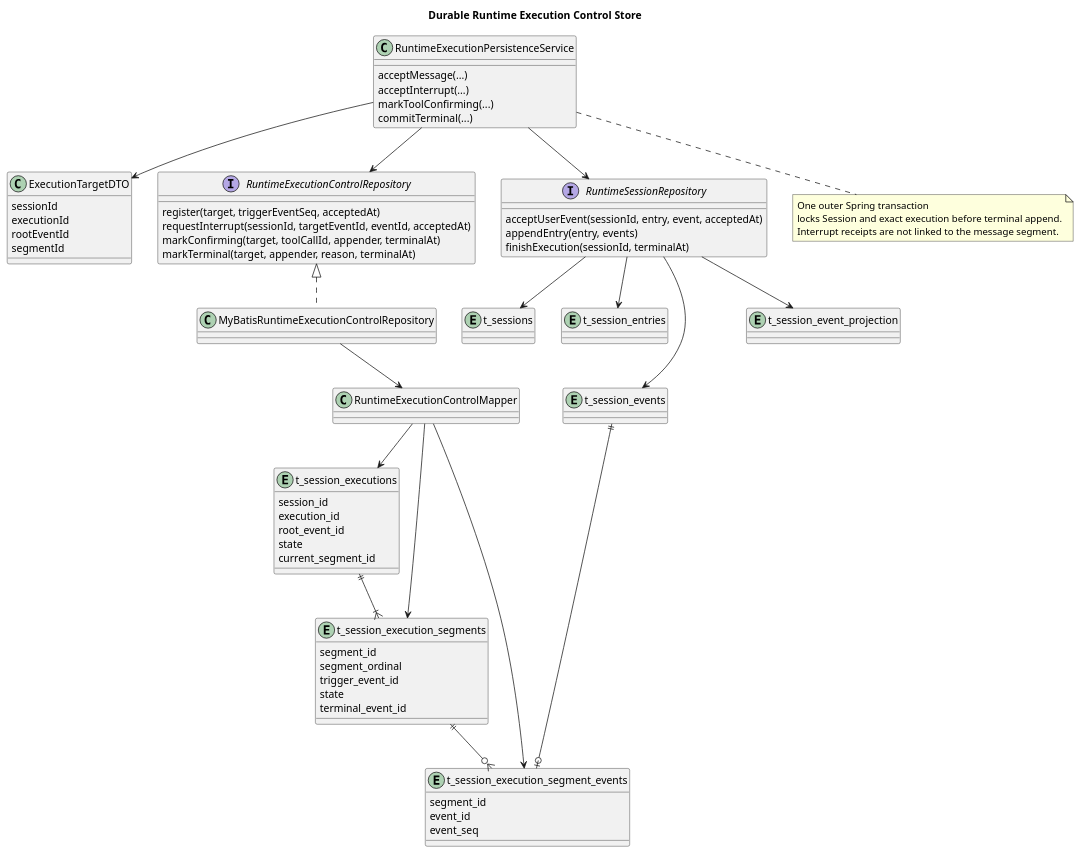
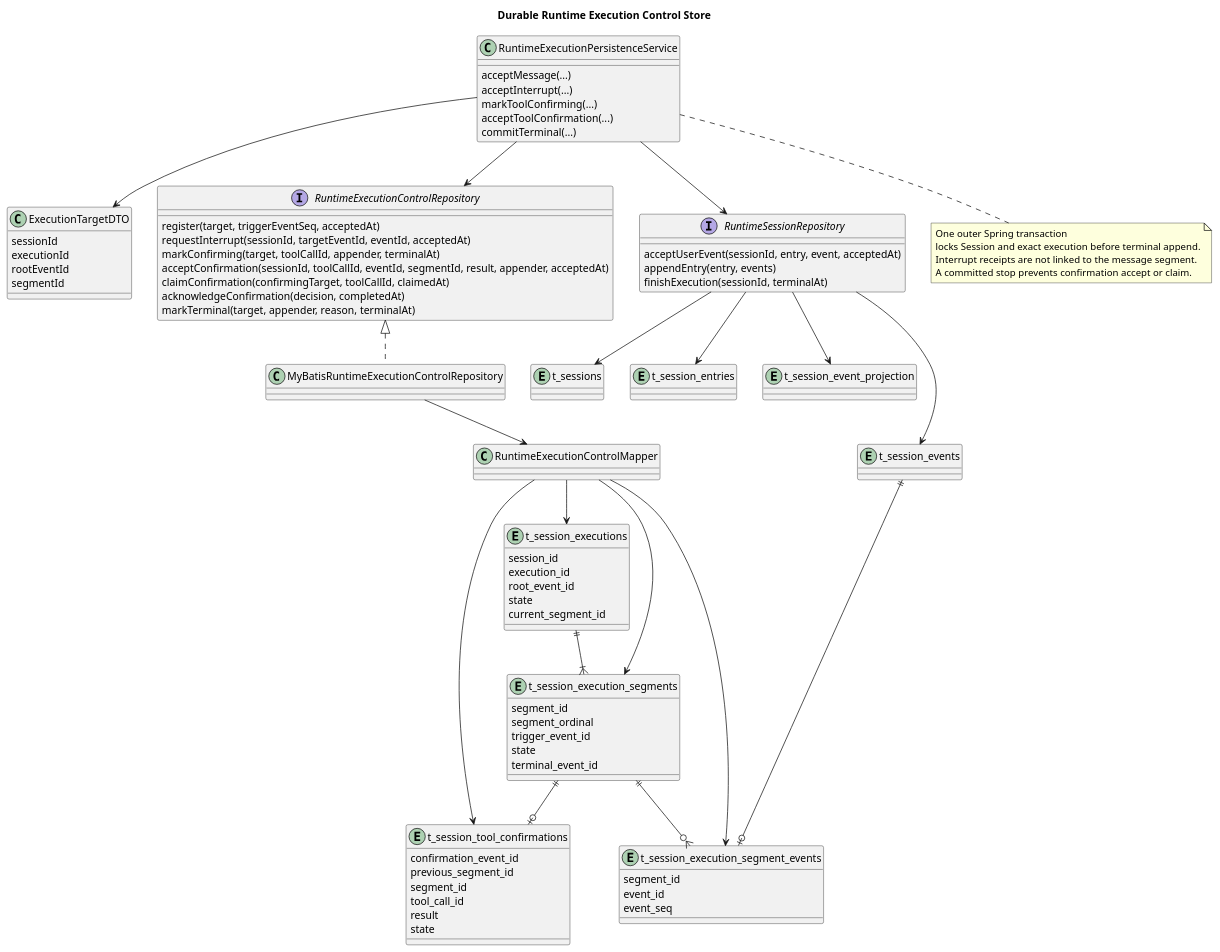
One commit to 2862282695gjh-afk/pi-mono-java changed the diagram in docs/designs/runtime-execution-control/diagram.puml. Above: the diagram before and after it, drawn with PlantUML. The commit also changed 3 other files, not shown here.

```diff
--- a/docs/designs/runtime-execution-control/diagram.puml
+++ b/docs/designs/runtime-execution-control/diagram.puml
@@ -1,96 +1,113 @@
 @startuml runtime_execution_control_store
 title Durable Runtime Execution Control Store
 ' Observed Java source baseline: pi-mono-java fd556dce3cfa12e5e834b6e9b8f835f10e7d67c8
 ' Store implementation commit: 8ec383dd0ee6a5a8fe7e72b9e97bba8f71c8f8da
 ' Application transaction implementation: 92562f62 through 8e775f1c
+' Tool confirmation foundation implementation: aa687e98
 ' Observed source: modules/coding-agent-cli/src/main/java/com/campusclaw/codingagent/runtimeapi/runtime/RuntimeActiveExecution.java#runId
 ' Source: modules/coding-agent-cli/src/main/java/com/campusclaw/codingagent/runtimeapi/persistence/RuntimeExecutionPersistenceService.java
 ' Source: modules/coding-agent-cli/src/main/java/com/campusclaw/codingagent/runtimeapi/persistence/RuntimeExecutionControlRepository.java
 ' Source: modules/coding-agent-cli/src/main/java/com/campusclaw/codingagent/runtimeapi/persistence/MyBatisRuntimeExecutionControlRepository.java
 ' Source: modules/coding-agent-cli/src/main/java/com/campusclaw/codingagent/runtimeapi/persistence/RuntimeSessionRepository.java
 ' Source: modules/coding-agent-cli/src/main/resources/mapper/session/RuntimeExecutionControlMapper.xml
 ' Source: modules/coding-agent-cli/src/main/resources/db/gaussdb/install/session_schema.sql
 ' Pi source baseline: pi 4af9d21d3b4d664e4a29fcabfec85171077248e3
 ' Pi source: packages/agent/src/agent-loop.ts#runAgentLoop and #prepareToolCall
 ' Observed behavior: Java kept the active execution identity only in one process.
 ' Design reason: one Spring transaction binds accepted events and terminal events to an exact execution segment.
 ' Java divergence: durable cross-instance control identity is a CampusClaw architecture change.
 class RuntimeExecutionPersistenceService {
   acceptMessage(...)
   acceptInterrupt(...)
   markToolConfirming(...)
+  acceptToolConfirmation(...)
   commitTerminal(...)
 }
 
 class ExecutionTargetDTO {
   sessionId
   executionId
   rootEventId
   segmentId
 }
 
 interface RuntimeExecutionControlRepository {
   register(target, triggerEventSeq, acceptedAt)
   requestInterrupt(sessionId, targetEventId, eventId, acceptedAt)
   markConfirming(target, toolCallId, appender, terminalAt)
+  acceptConfirmation(sessionId, toolCallId, eventId, segmentId, result, appender, acceptedAt)
+  claimConfirmation(confirmingTarget, toolCallId, claimedAt)
+  acknowledgeConfirmation(decision, completedAt)
   markTerminal(target, appender, reason, terminalAt)
 }
 
 interface RuntimeSessionRepository {
   acceptUserEvent(sessionId, entry, event, acceptedAt)
   appendEntry(entry, events)
   finishExecution(sessionId, terminalAt)
 }
 
 class MyBatisRuntimeExecutionControlRepository
 class RuntimeExecutionControlMapper
 
 entity "t_session_executions" as t_session_executions {
   session_id
   execution_id
   root_event_id
   state
   current_segment_id
 }
 
 entity "t_session_execution_segments" as t_session_execution_segments {
   segment_id
   segment_ordinal
   trigger_event_id
   state
   terminal_event_id
 }
 
 entity "t_session_execution_segment_events" as t_session_execution_segment_events {
   segment_id
   event_id
   event_seq
 }
 
+entity "t_session_tool_confirmations" as t_session_tool_confirmations {
+  confirmation_event_id
+  previous_segment_id
+  segment_id
+  tool_call_id
+  result
+  state
+}
+
 entity "t_sessions" as t_sessions
 entity "t_session_entries" as t_session_entries
 entity "t_session_events" as t_session_events
 entity "t_session_event_projection" as t_session_event_projection
 
 RuntimeExecutionPersistenceService --> ExecutionTargetDTO
 RuntimeExecutionPersistenceService --> RuntimeExecutionControlRepository
 RuntimeExecutionPersistenceService --> RuntimeSessionRepository
 RuntimeExecutionControlRepository <|.. MyBatisRuntimeExecutionControlRepository
 MyBatisRuntimeExecutionControlRepository --> RuntimeExecutionControlMapper
 RuntimeExecutionControlMapper --> t_session_executions
 RuntimeExecutionControlMapper --> t_session_execution_segments
 RuntimeExecutionControlMapper --> t_session_execution_segment_events
+RuntimeExecutionControlMapper --> t_session_tool_confirmations
 RuntimeSessionRepository --> t_sessions
 RuntimeSessionRepository --> t_session_entries
 RuntimeSessionRepository --> t_session_events
 RuntimeSessionRepository --> t_session_event_projection
 t_session_executions ||--|{ t_session_execution_segments
 t_session_execution_segments ||--o{ t_session_execution_segment_events
+t_session_execution_segments ||--o| t_session_tool_confirmations
 t_session_events ||--o| t_session_execution_segment_events
 
 note bottom of RuntimeExecutionPersistenceService
   One outer Spring transaction
   locks Session and exact execution before terminal append.
   Interrupt receipts are not linked to the message segment.
+  A committed stop prevents confirmation accept or claim.
 end note
 @enduml
```
